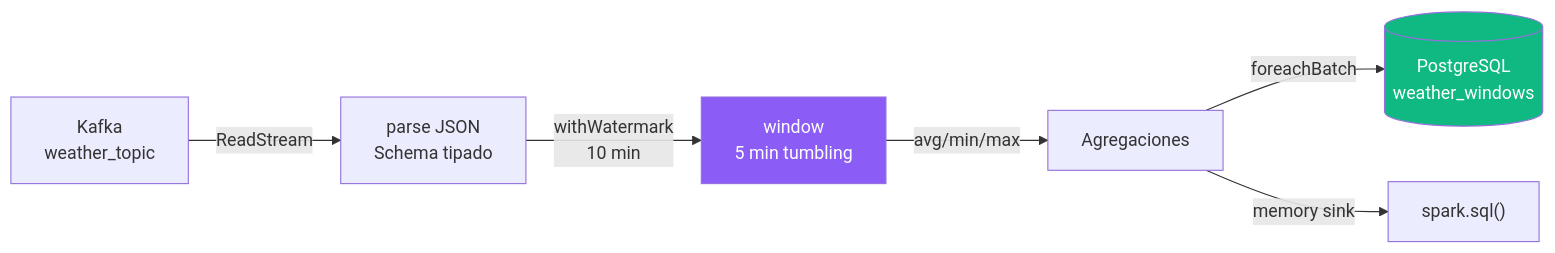
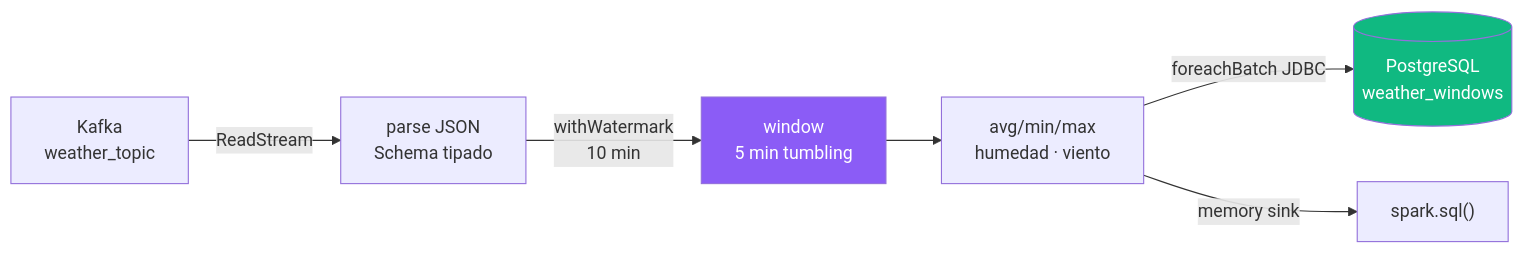
Before and after one commit to TheReeds/big-data-pipelineML: the diagram in docs/s7_streaming.md, drawn with Mermaid. The commit also changed other lines of this file and 8 other files, not shown here.

````diff
--- a/docs/s7_streaming.md
+++ b/docs/s7_streaming.md
@@ -7,16 +7,16 @@
 ```mermaid
 flowchart LR
     K["Kafka
 weather_topic"] -->|"ReadStream"| P["parse JSON
 Schema tipado"]
     P -->|"withWatermark
 10 min"| W["window
 5 min tumbling"]
-    W -->|"avg/min/max"| AGG["Agregaciones"]
-    AGG -->|"foreachBatch"| PG[("PostgreSQL
+    W --> AGG["avg/min/max
+humedad · viento"]
+    AGG -->|"foreachBatch JDBC"| PG[("PostgreSQL
 weather_windows")]
     AGG -->|"memory sink"| MEM["spark.sql()"]
-
     style W fill:#8b5cf6,color:#fff
     style PG fill:#10b981,color:#fff
 ```
````
